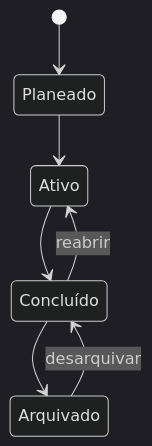
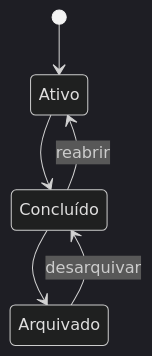
Before and after one commit to vapreace/ai-power-software-engineering-matrix: the second of 2 diagrams in docs/requirements.md, drawn with Mermaid (dark theme). The commit also changed other lines of this file and 3 other files, not shown here.

````diff
--- a/docs/requirements.md
+++ b/docs/requirements.md
@@ -152,9 +159,8 @@
 ```mermaid
 stateDiagram-v2
-    [*] --> Planeado
-    Planeado --> Ativo
+    [*] --> Ativo
     Ativo --> Concluído
     Concluído --> Ativo : reabrir
     Concluído --> Arquivado
     Arquivado --> Concluído : desarquivar
 ```
````
